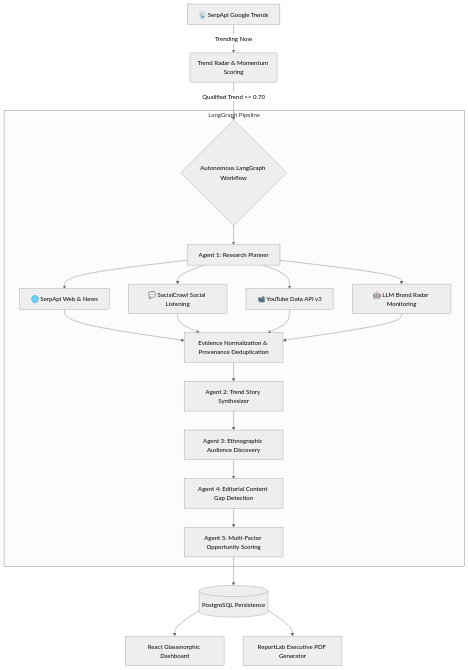
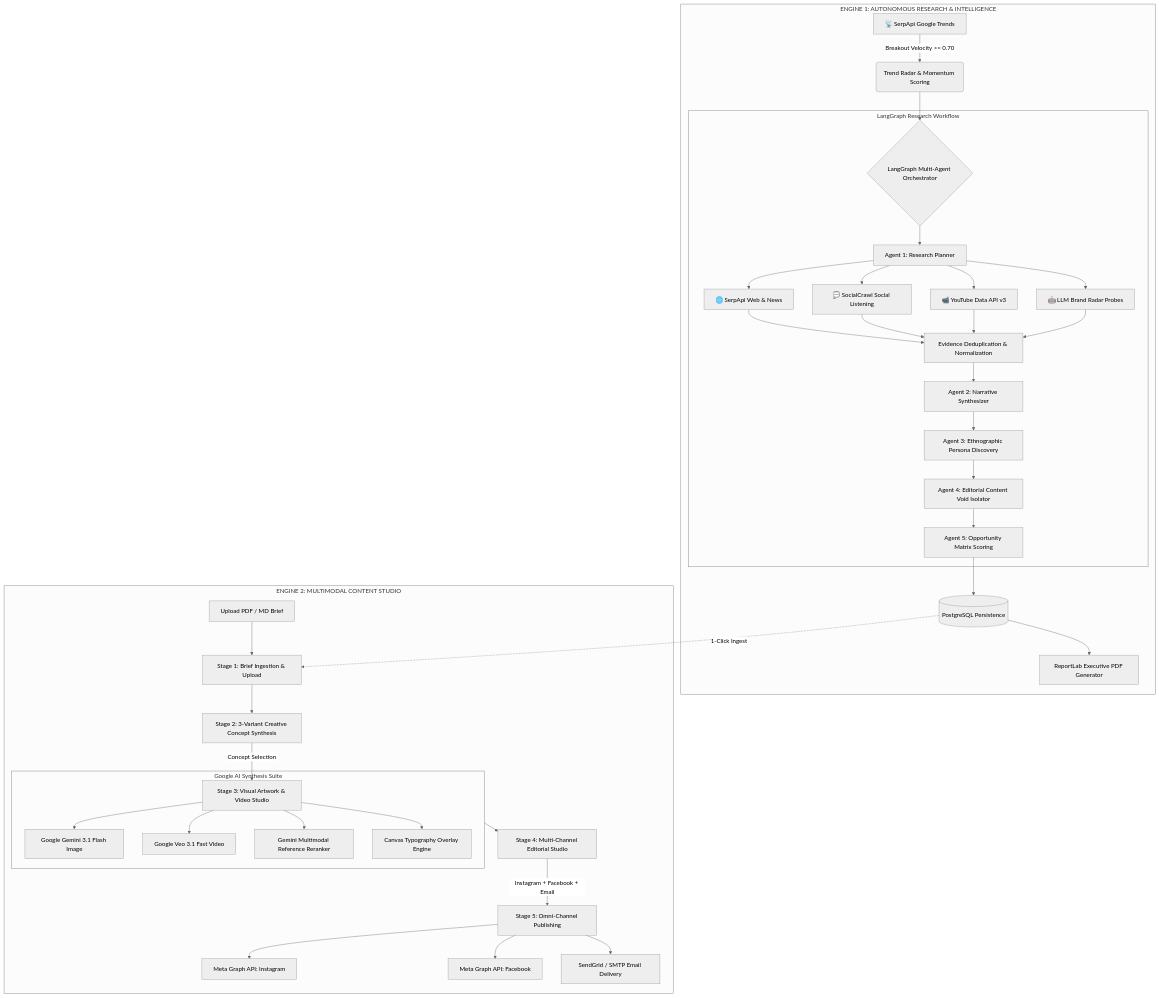
The diagram in README.md (Saranshi22/trend_contenter), drawn with Mermaid (neutral theme) before and after one commit. The commit also changed other lines of this file and 90 other files, not shown here.

Commit message:
Refining Content studio

````diff
--- a/README.md
+++ b/README.md
@@ -51,27 +69,50 @@
 ```mermaid
 flowchart TD
-    A[📡 SerpApi Google Trends] -->|Trending Now| B(Trend Radar & Momentum Scoring)
-    B -->|Qualified Trend >= 0.70| C{Autonomous LangGraph Workflow}
+    subgraph Engine1 ["ENGINE 1: AUTONOMOUS RESEARCH & INTELLIGENCE"]
+        A[📡 SerpApi Google Trends] -->|Breakout Velocity >= 0.70| B(Trend Radar & Momentum Scoring)
+        B --> C{LangGraph Multi-Agent Orchestrator}
 
-    subgraph LangGraph Pipeline
-        C --> D[Agent 1: Research Planner]
-        D --> E1[🌐 SerpApi Web & News]
-        D --> E2[💬 SocialCrawl Social Listening]
-        D --> E3[📹 YouTube Data API v3]
-        D --> E4[🤖 LLM Brand Radar Monitoring]
-        
-        E1 --> F[Evidence Normalization & Provenance Deduplication]
-        E2 --> F
-        E3 --> F
-        E4 --> F
-        
-        F --> G[Agent 2: Trend Story Synthesizer]
-        G --> H[Agent 3: Ethnographic Audience Discovery]
-        H --> I[Agent 4: Editorial Content Gap Detection]
-        I --> J[Agent 5: Multi-Factor Opportunity Scoring]
+        subgraph LangGraph_Pipeline ["LangGraph Research Workflow"]
+            C --> D[Agent 1: Research Planner]
+            D --> E1[🌐 SerpApi Web & News]
+            D --> E2[💬 SocialCrawl Social Listening]
+            D --> E3[📹 YouTube Data API v3]
+            D --> E4[🤖 LLM Brand Radar Probes]
+            
+            E1 --> F[Evidence Deduplication & Normalization]
+            E2 --> F
+            E3 --> F
+            E4 --> F
+            
+            F --> G[Agent 2: Narrative Synthesizer]
+            G --> H[Agent 3: Ethnographic Persona Discovery]
+            H --> I[Agent 4: Editorial Content Void Isolator]
+            I --> J[Agent 5: Opportunity Matrix Scoring]
+        end
+
+        J --> K[(PostgreSQL Persistence)]
+        K --> L[ReportLab Executive PDF Generator]
     end
 
-    J --> K[(PostgreSQL Persistence)]
-    K --> L[React Glassmorphic Dashboard]
-    K --> M[ReportLab Executive PDF Generator]
+    subgraph Engine2 ["ENGINE 2: MULTIMODAL CONTENT STUDIO"]
+        K -.->|1-Click Ingest| S1[Stage 1: Brief Ingestion & Upload]
+        DOC[Upload PDF / MD Brief] --> S1
+        
+        S1 --> S2[Stage 2: 3-Variant Creative Concept Synthesis]
+        S2 -->|Concept Selection| S3[Stage 3: Visual Artwork & Video Studio]
+        
+        subgraph Google_AI ["Google AI Synthesis Suite"]
+            S3 --> G1[Google Gemini 3.1 Flash Image]
+            S3 --> G2[Google Veo 3.1 Fast Video]
+            S3 --> G3[Gemini Multimodal Reference Reranker]
+            S3 --> G4[Canvas Typography Overlay Engine]
+        end
+        
+        Google_AI --> S4[Stage 4: Multi-Channel Editorial Studio]
+        S4 -->|Instagram + Facebook + Email| S5[Stage 5: Omni-Channel Publishing]
+        
+        S5 --> P1[Meta Graph API: Instagram]
+        S5 --> P2[Meta Graph API: Facebook]
+        S5 --> P3[SendGrid / SMTP Email Delivery]
+    end
 ```
````
